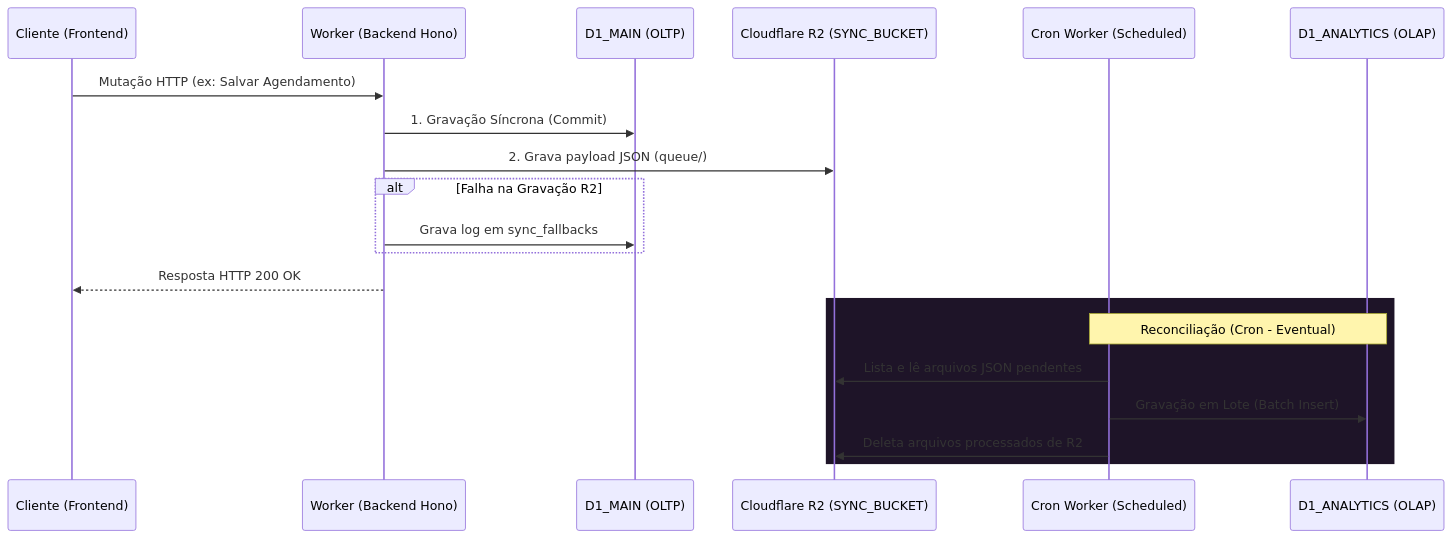
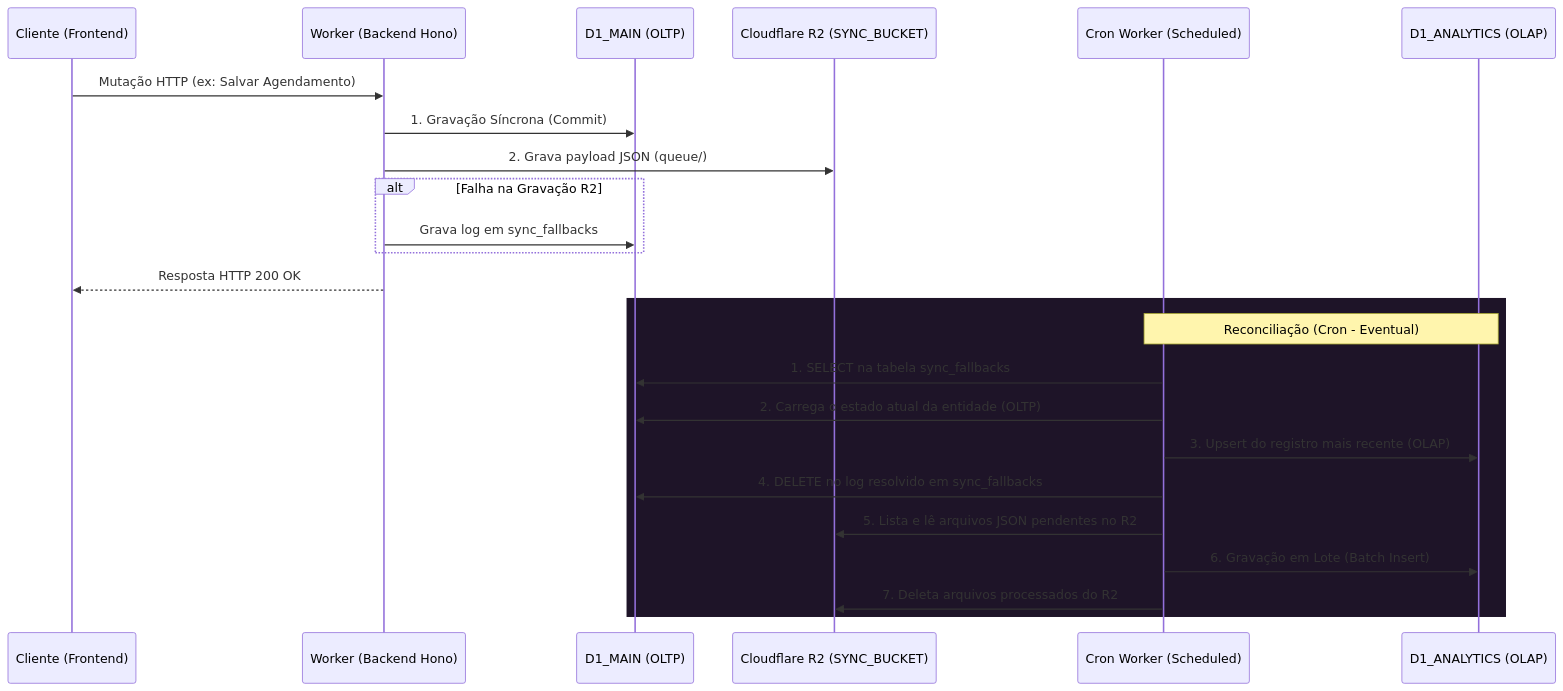
The diagram in apps/internal-docs/src/content/docs/data-e-api.mdx (lumenpink/aura), drawn with Mermaid before and after one commit. The commit also changed other lines of this file and 2 other files, not shown here.

Commit message:
refactor: unify sync logic to process pending R2 queue events and sync_fallbacks table entries for D1_ANALYTICS reconciliation

````diff
--- a/apps/internal-docs/src/content/docs/data-e-api.mdx
+++ b/apps/internal-docs/src/content/docs/data-e-api.mdx
@@ -23,24 +22,29 @@
 ```mermaid
 sequenceDiagram
     participant Client as Cliente (Frontend)
     participant Worker as Worker (Backend Hono)
     participant D1Main as D1_MAIN (OLTP)
     participant R2 as Cloudflare R2 (SYNC_BUCKET)
     participant Cron as Cron Worker (Scheduled)
     participant D1Analytics as D1_ANALYTICS (OLAP)
 
     Client->>Worker: Mutação HTTP (ex: Salvar Agendamento)
     Worker->>D1Main: 1. Gravação Síncrona (Commit)
     Worker->>R2: 2. Grava payload JSON (queue/)
     alt Falha na Gravação R2
         Worker->>D1Main: Grava log em sync_fallbacks
     end
     Worker-->>Client: Resposta HTTP 200 OK
     
     rect rgb(30, 20, 40)
         Note over Cron, D1Analytics: Reconciliação (Cron - Eventual)
-        Cron->>R2: Lista e lê arquivos JSON pendentes
-        Cron->>D1Analytics: Gravação em Lote (Batch Insert)
-        Cron->>R2: Deleta arquivos processados de R2
+        Cron->>D1Main: 1. SELECT na tabela sync_fallbacks
+        Cron->>D1Main: 2. Carrega o estado atual da entidade (OLTP)
+        Cron->>D1Analytics: 3. Upsert do registro mais recente (OLAP)
+        Cron->>D1Main: 4. DELETE no log resolvido em sync_fallbacks
+        
+        Cron->>R2: 5. Lista e lê arquivos JSON pendentes no R2
+        Cron->>D1Analytics: 6. Gravação em Lote (Batch Insert)
+        Cron->>R2: 7. Deleta arquivos processados do R2
     end
 ```
````
